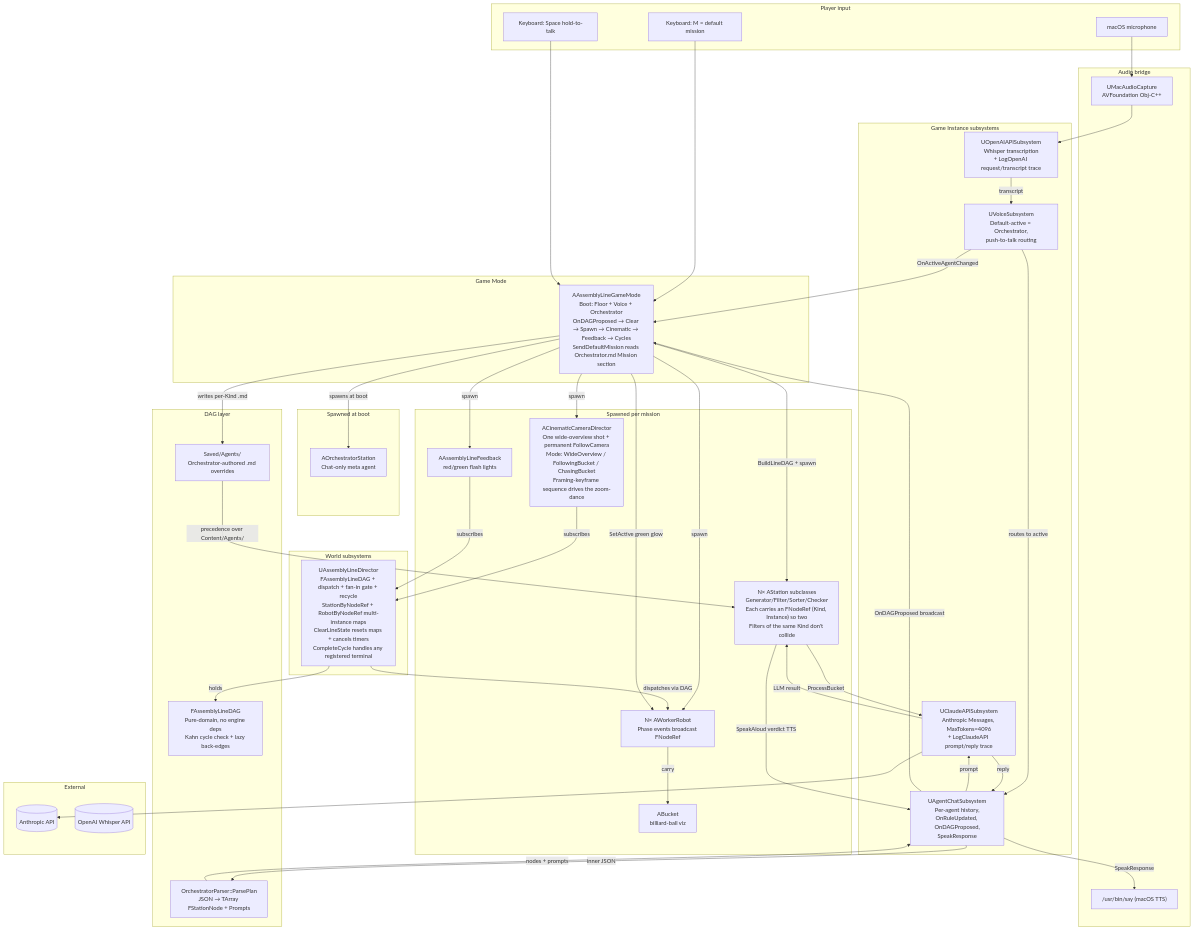
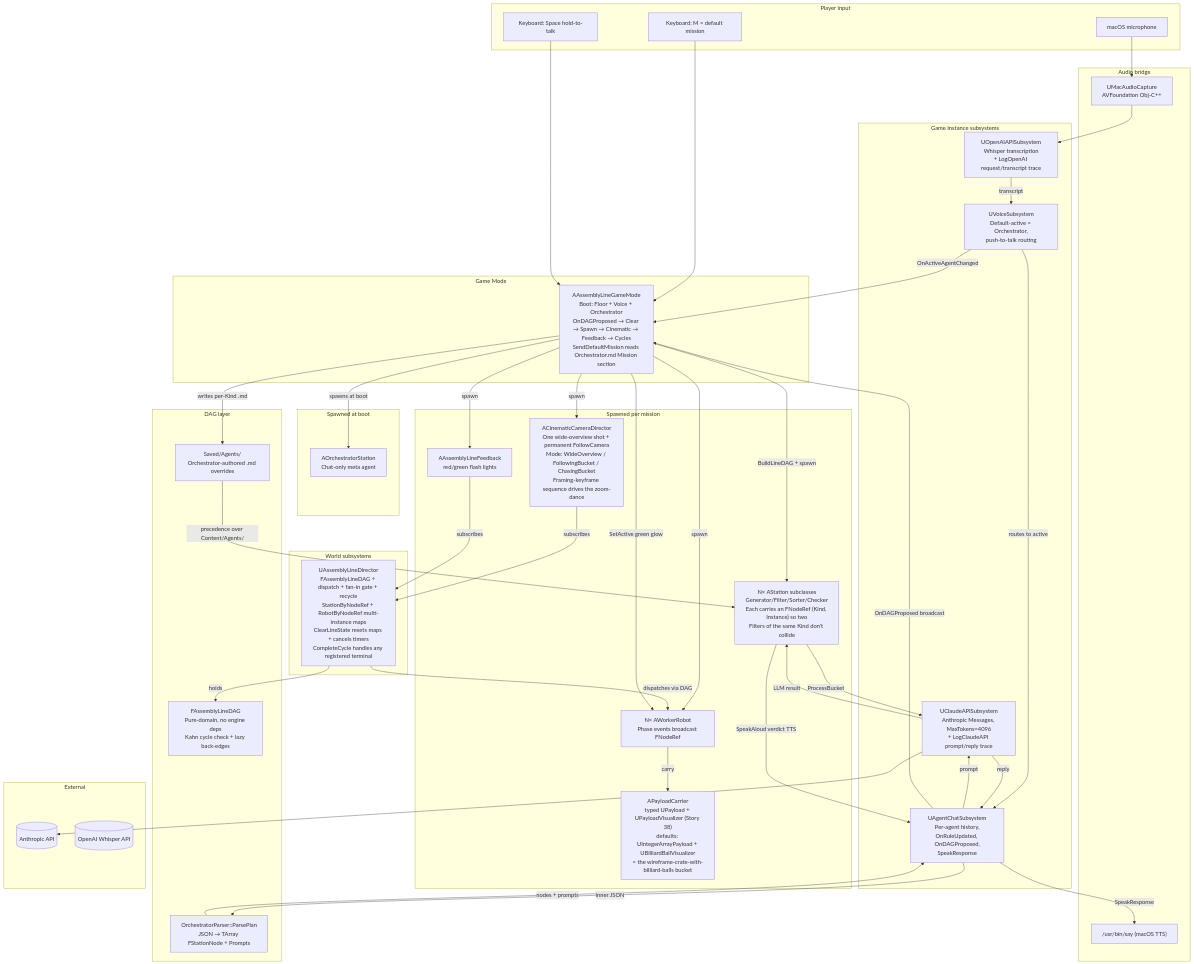
The first of 14 diagrams in README.md (eyupgurel/AssemblyLineSimul), drawn with Mermaid before and after one commit. The commit also changed other lines of this file and 2 other files, not shown here.

```diff
--- a/README.md
+++ b/README.md
@@ -234,7 +241,7 @@
   subgraph Spawned per mission
     Stations["N× AStation subclasses<br/>Generator/Filter/Sorter/Checker<br/>Each carries an FNodeRef (Kind, Instance) so two<br/>Filters of the same Kind don't collide"]
     Workers[N× AWorkerRobot<br/>Phase events broadcast FNodeRef]
-    Buckets[ABucket<br/>billiard-ball viz]
+    Carriers["APayloadCarrier<br/>typed UPayload + UPayloadVisualizer (Story 38)<br/>defaults: UIntegerArrayPayload + UBilliardBallVisualizer<br/>= the wireframe-crate-with-billiard-balls bucket"]
     Cinematic[ACinematicCameraDirector<br/>One wide-overview shot + permanent FollowCamera<br/>Mode: WideOverview / FollowingBucket / ChasingBucket<br/>Framing-keyframe sequence drives the zoom-dance]
     Feedback[AAssemblyLineFeedback<br/>red/green flash lights]
   end
@@ -282,7 +289,7 @@
   Stations -- SpeakAloud verdict TTS --> Chat
 
   Dir -- dispatches via DAG --> Workers
-  Workers -- carry --> Buckets
+  Workers -- carry --> Carriers
   Cinematic -- subscribes --> Dir
   Feedback -- subscribes --> Dir
   Voice -- OnActiveAgentChanged --> GM
```
